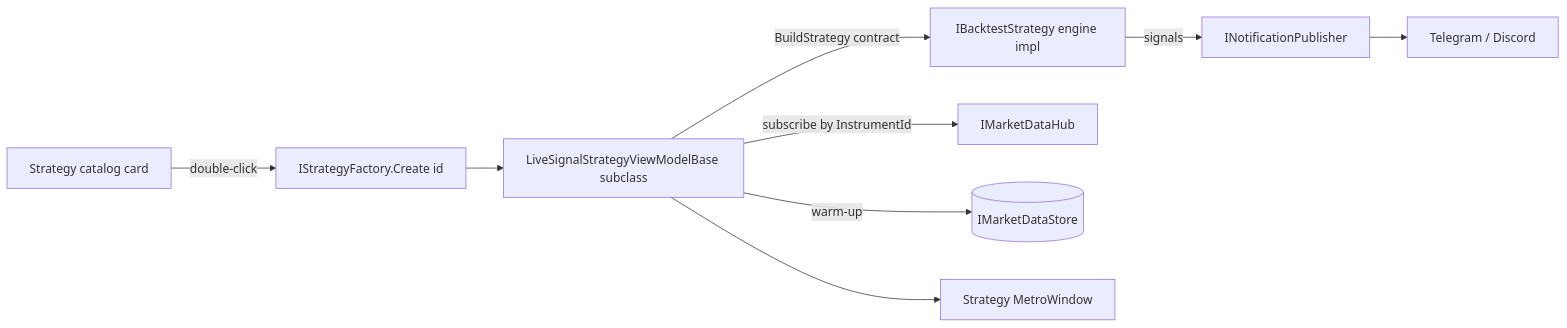
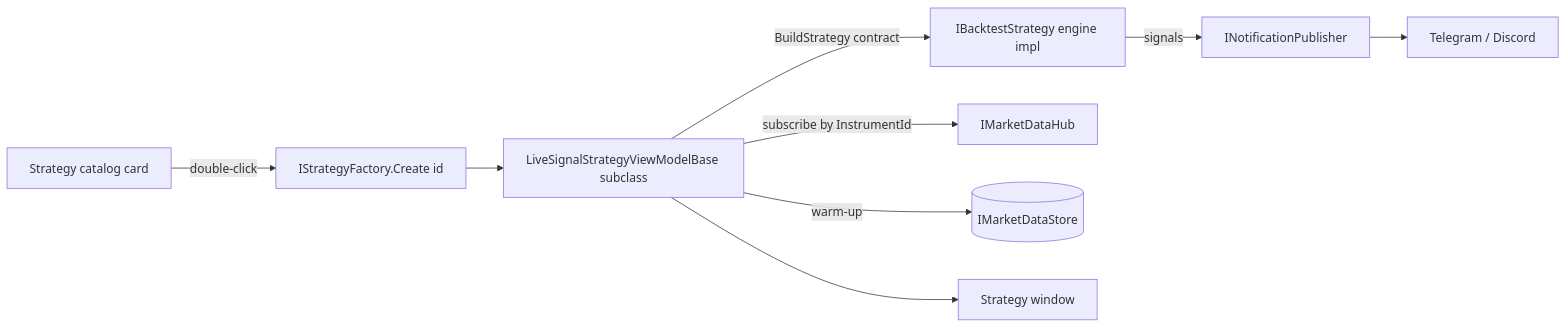
Before and after one commit to dhruuvsharma/DaxAlgo-Terminal: the diagram in docs/strategies.md, drawn with Mermaid. The commit also changed other lines of this file and 22 other files, not shown here.

````diff
--- a/docs/strategies.md
+++ b/docs/strategies.md
@@ -16,11 +41,11 @@
 ```mermaid
 flowchart LR
     CAT[Strategy catalog card] -->|double-click| FAC[IStrategyFactory.Create id]
     FAC --> VM[LiveSignalStrategyViewModelBase subclass]
     VM -->|BuildStrategy contract| ENG[IBacktestStrategy engine impl]
     VM -->|subscribe by InstrumentId| HUB[IMarketDataHub]
     VM -->|warm-up| STORE[(IMarketDataStore)]
     ENG -->|signals| PUB[INotificationPublisher]
     PUB --> TG[Telegram / Discord]
-    VM --> WIN[Strategy MetroWindow]
+    VM --> WIN[Strategy window]
 ```
````
